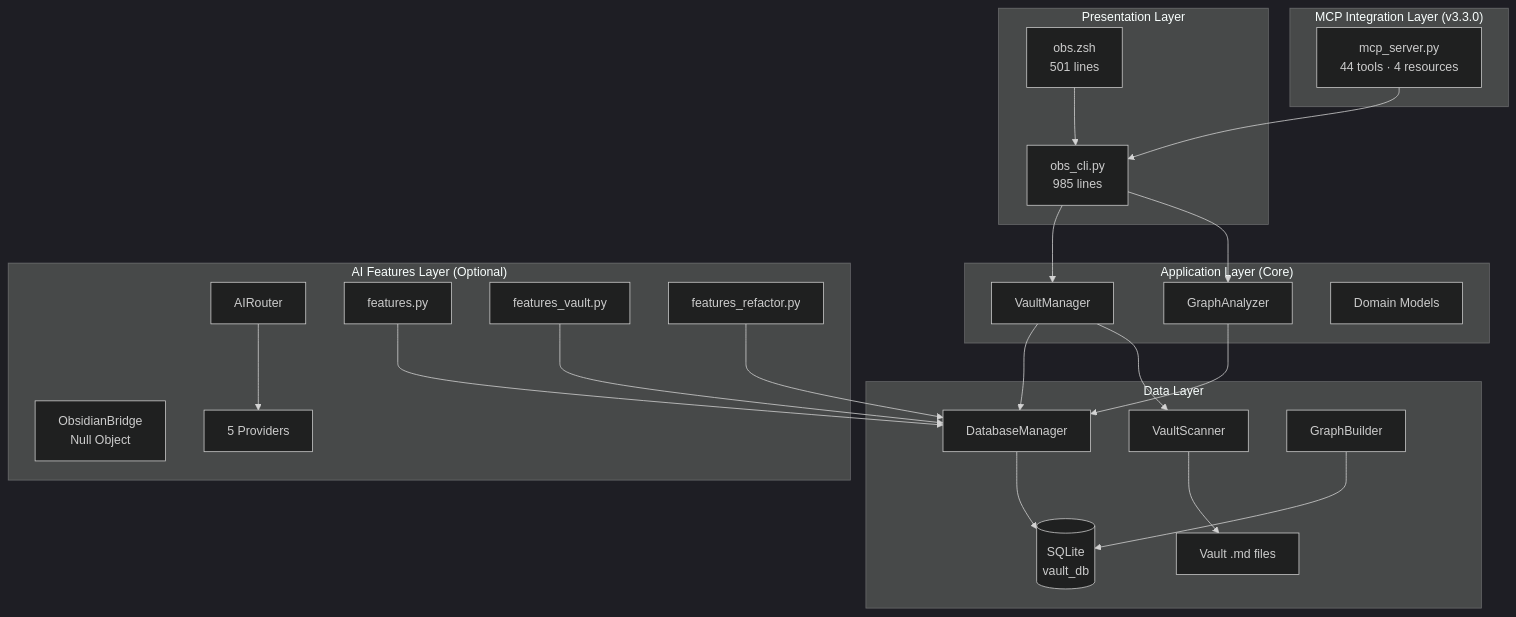
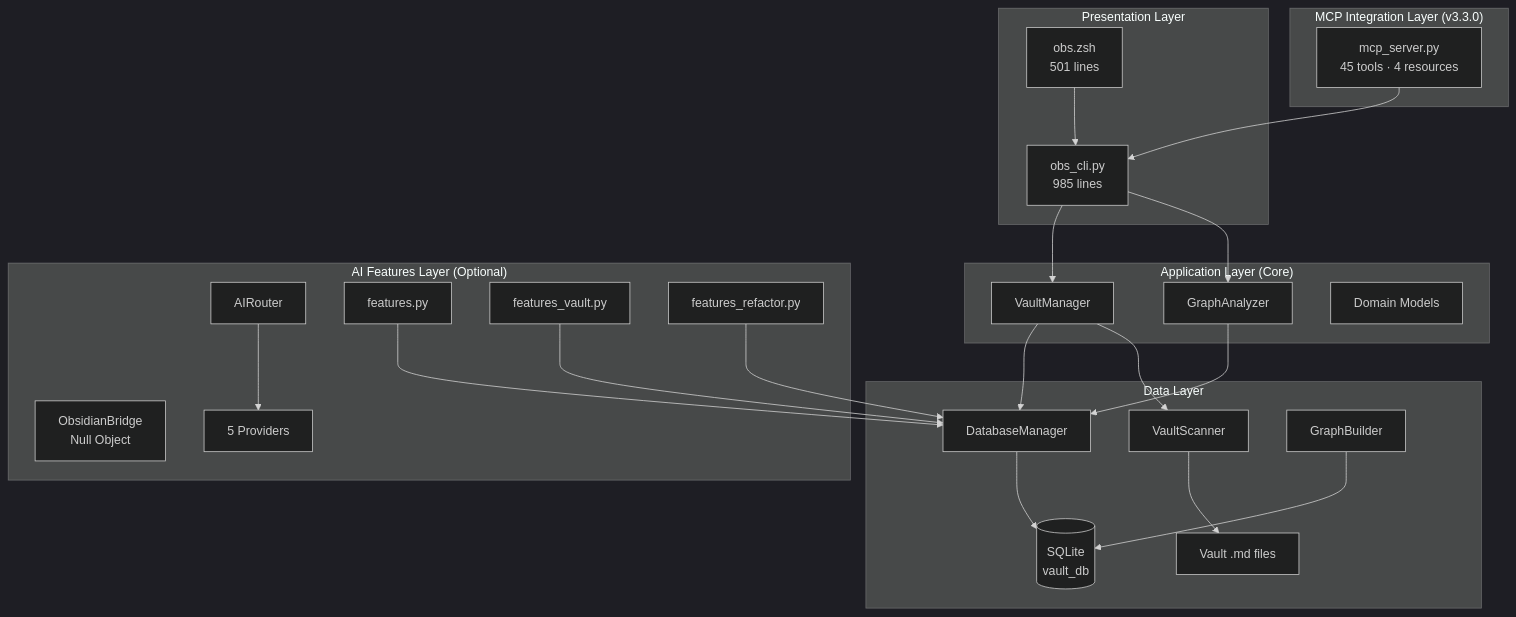
Before and after one commit to Data-Wise/obsidian-cli-ops: the first of 10 diagrams in docs_mkdocs/developer/architecture.md, drawn with Mermaid (dark theme). The commit also changed other lines of this file and 15 other files, not shown here.

````diff
--- a/docs_mkdocs/developer/architecture.md
+++ b/docs_mkdocs/developer/architecture.md
@@ -11,49 +11,49 @@
 ```mermaid
 flowchart TD
     subgraph Presentation["Presentation Layer"]
         Z[obs.zsh\n501 lines]
         P[obs_cli.py\n985 lines]
     end
 
     subgraph MCP["MCP Integration Layer (v3.3.0)"]
-        M[mcp_server.py\n44 tools · 4 resources]
+        M[mcp_server.py\n45 tools · 4 resources]
     end
 
     subgraph Core["Application Layer (Core)"]
         VM[VaultManager]
         GA[GraphAnalyzer]
         DM[Domain Models]
     end
 
     subgraph AI["AI Features Layer (Optional)"]
         AR[AIRouter]
         FT[features.py]
         FV[features_vault.py]
         FR[features_refactor.py]
         OB[ObsidianBridge\nNull Object]
         PR[5 Providers]
     end
 
     subgraph Data["Data Layer"]
         DB[DatabaseManager]
         VS[VaultScanner]
         GB[GraphBuilder]
         SQ[(SQLite\nvault_db)]
         FS[Vault .md files]
     end
 
     Z --> P
     P --> VM
     P --> GA
     M --> P
     VM --> DB
     GA --> DB
     VM --> VS
     VS --> FS
     FT --> DB
     FV --> DB
     FR --> DB
     AR --> PR
     DB --> SQ
     GB --> SQ
 ```
````
